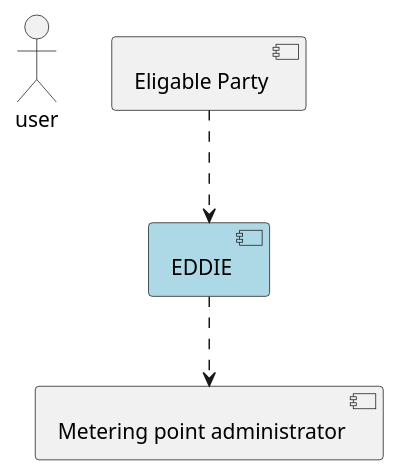
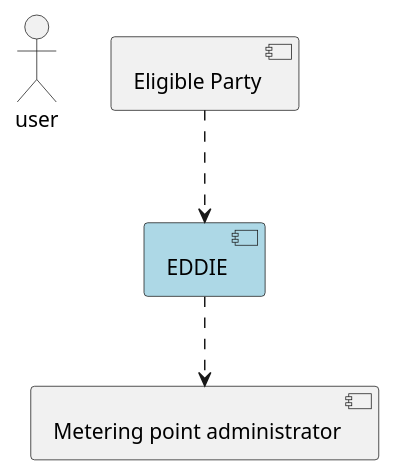
One commit to eddie-energy/architecture changed the first of 2 diagrams in 3-context-and-scope/01-mvp1.md. Above: the diagram before and after it, drawn with PlantUML. The commit also changed other lines of this file, not shown here.

````diff
--- a/3-context-and-scope/01-mvp1.md
+++ b/3-context-and-scope/01-mvp1.md
@@ -17,14 +17,14 @@
 ```plantuml
 @startuml
 :user:
 
 [EDDIE] as Eddie #lightblue
 
-[Eligable Party] as Ep
+[Eligible Party] as Ep
 Ep ..> Eddie
 
 component [Metering point administrator] as Mpa
 Eddie ..> Mpa
 
 @enduml
 ```
````
